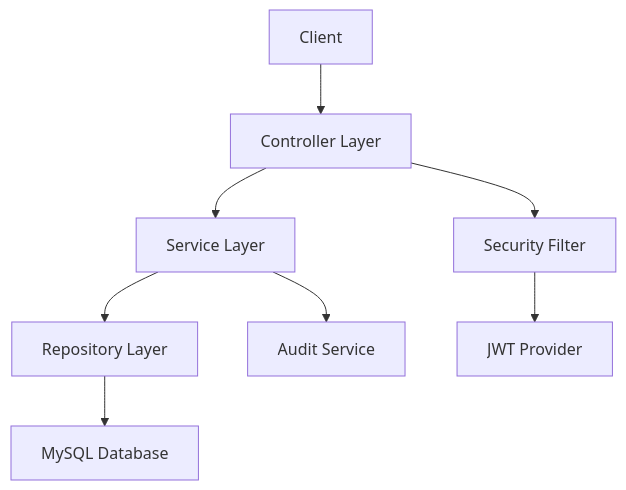
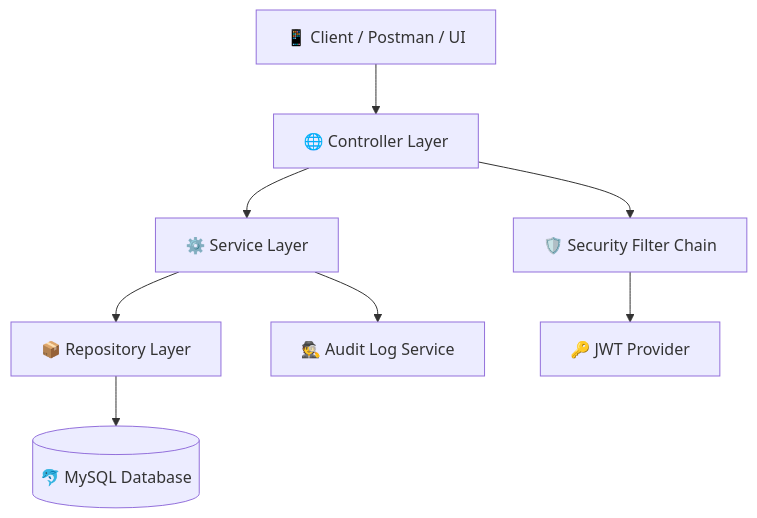
Before and after one commit to nakovivan05/it-ticket-system: the first of 2 diagrams in README.md, drawn with Mermaid. The commit also changed other lines of this file, not shown here.

````diff
--- a/README.md
+++ b/README.md
@@ -45,10 +43,10 @@
 ```mermaid
 graph TD
-A[Client] --> B[Controller Layer]
-B --> C[Service Layer]
-C --> D[Repository Layer]
-D --> E[MySQL Database]
-B --> F[Security Filter]
-F --> G[JWT Provider]
-C --> H[Audit Service]
+A[📱 Client / Postman / UI] --> B[🌐 Controller Layer]
+B --> C[⚙️ Service Layer]
+C --> D[📦 Repository Layer]
+D --> E[(🐬 MySQL Database)]
+B --> F[🛡️ Security Filter Chain]
+F --> G[🔑 JWT Provider]
+C --> H[🕵️ Audit Log Service]
 ```
````
